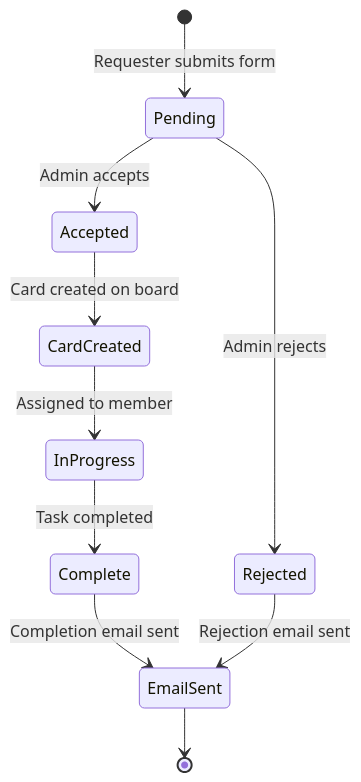
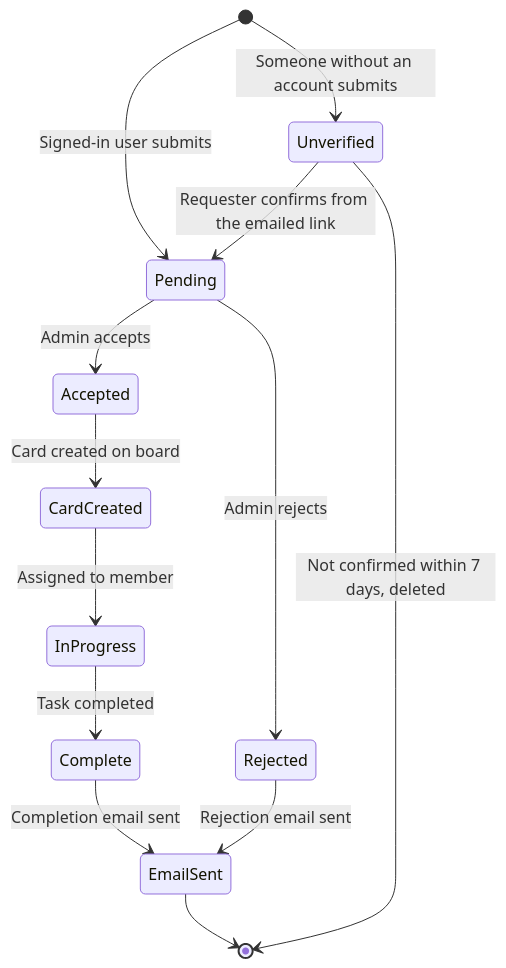
Diagram 14 of 14 in docs/architecture.md (gitBoon/DumpFire), drawn with Mermaid before and after one commit. The commit also changed other lines of this file and 317 other files, not shown here.

````diff
--- a/docs/architecture.md
+++ b/docs/architecture.md
@@ -206,12 +800,15 @@
 ```mermaid
 stateDiagram-v2
-    [*] --> Pending : Requester submits form
+    [*] --> Pending : Signed-in user submits
+    [*] --> Unverified : Someone without an account submits
+    Unverified --> Pending : Requester confirms from the emailed link
+    Unverified --> [*] : Not confirmed within 7 days, deleted
     Pending --> Accepted : Admin accepts
     Pending --> Rejected : Admin rejects
     Accepted --> CardCreated : Card created on board
     CardCreated --> InProgress : Assigned to member
     InProgress --> Complete : Task completed
     Complete --> EmailSent : Completion email sent
     EmailSent --> [*]
     Rejected --> EmailSent : Rejection email sent
 ```
````
